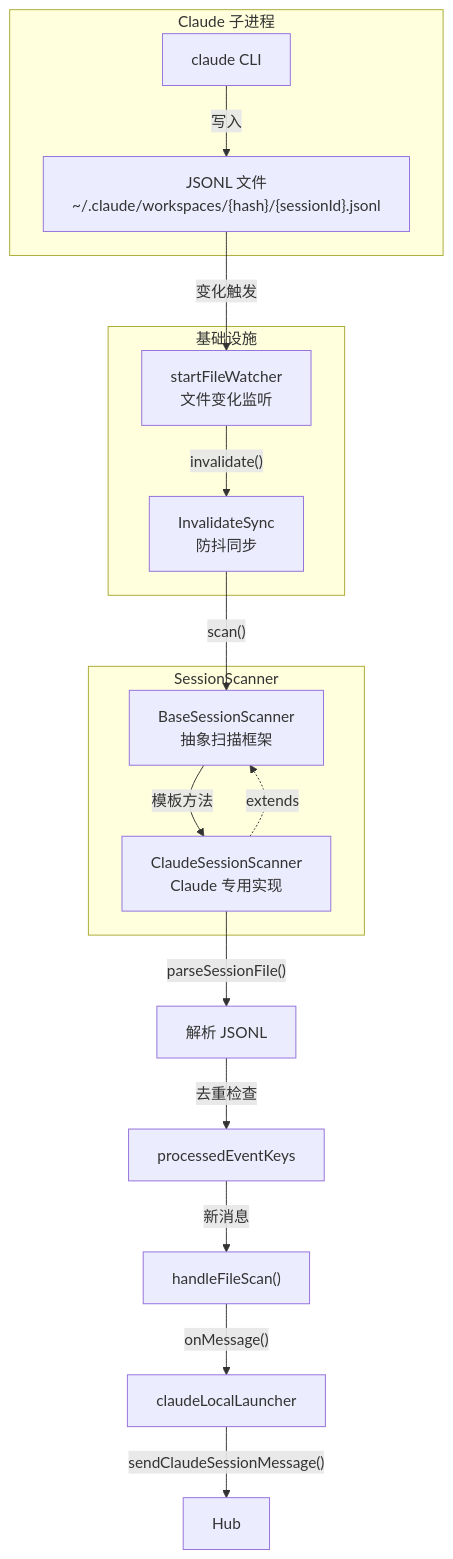
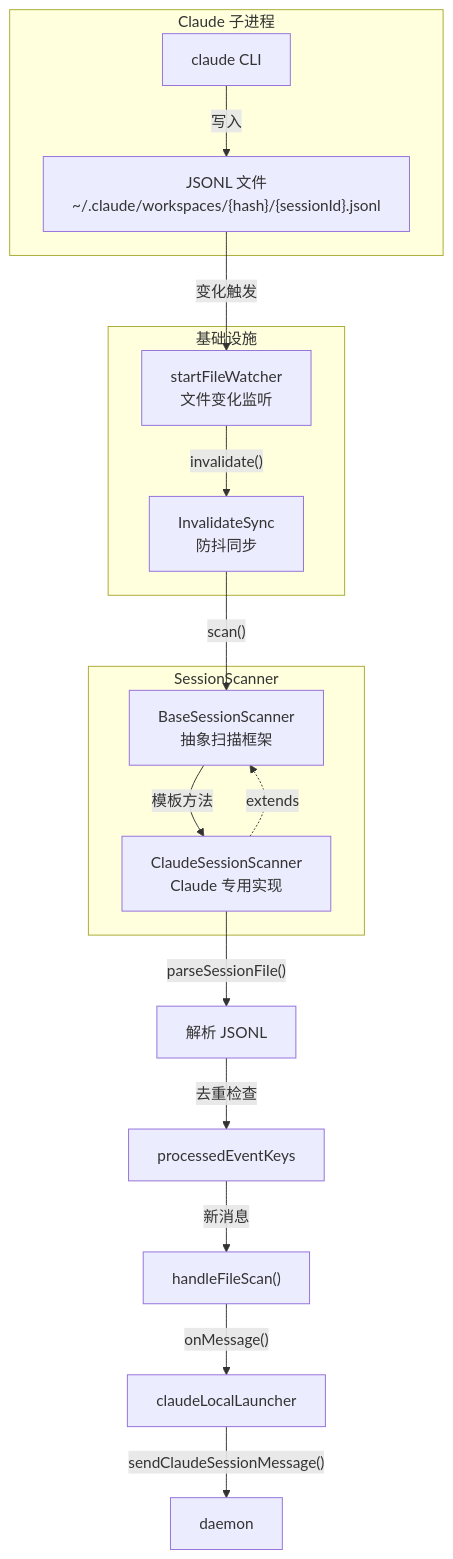
Before and after one commit to ModuBit/mobi: the first of 6 diagrams in docs/architecture/cli/commands/claude/session-scanner.md, drawn with Mermaid. The commit also changed other lines of this file and 86 other files, not shown here.

````diff
--- a/docs/architecture/cli/commands/claude/session-scanner.md
+++ b/docs/architecture/cli/commands/claude/session-scanner.md
@@ -23,28 +23,28 @@
 ```mermaid
 flowchart TB
     subgraph ClaudeProcess["Claude 子进程"]
         Claude["claude CLI"] -->|"写入"| JSONL["JSONL 文件<br/>~/.claude/workspaces/{hash}/{sessionId}.jsonl"]
     end
 
     subgraph Scanner["SessionScanner"]
         Base["BaseSessionScanner<br/>抽象扫描框架"]
         ClaudeScanner["ClaudeSessionScanner<br/>Claude 专用实现"]
         ClaudeScanner -.->|"extends"| Base
     end
 
     subgraph Infrastructure["基础设施"]
         Watcher["startFileWatcher<br/>文件变化监听"]
         Sync["InvalidateSync<br/>防抖同步"]
     end
 
     JSONL -->|"变化触发"| Watcher
     Watcher -->|"invalidate()"| Sync
     Sync -->|"scan()"| Base
     Base -->|"模板方法"| ClaudeScanner
 
     ClaudeScanner -->|"parseSessionFile()"| Parse["解析 JSONL"]
     Parse -->|"去重检查"| Dedup["processedEventKeys"]
     Dedup -->|"新消息"| Handle["handleFileScan()"]
     Handle -->|"onMessage()"| Launcher["claudeLocalLauncher"]
-    Launcher -->|"sendClaudeSessionMessage()"| Hub["Hub"]
+    Launcher -->|"sendClaudeSessionMessage()"| daemon["daemon"]
 ```
````
